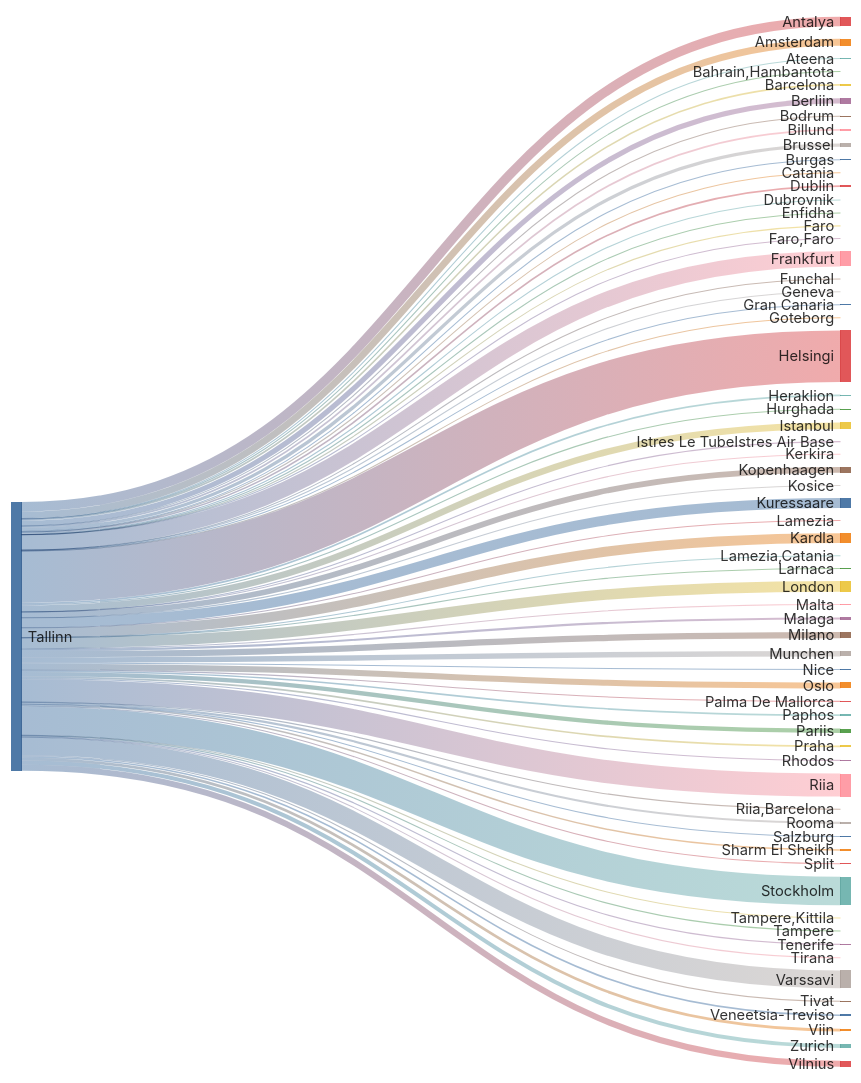
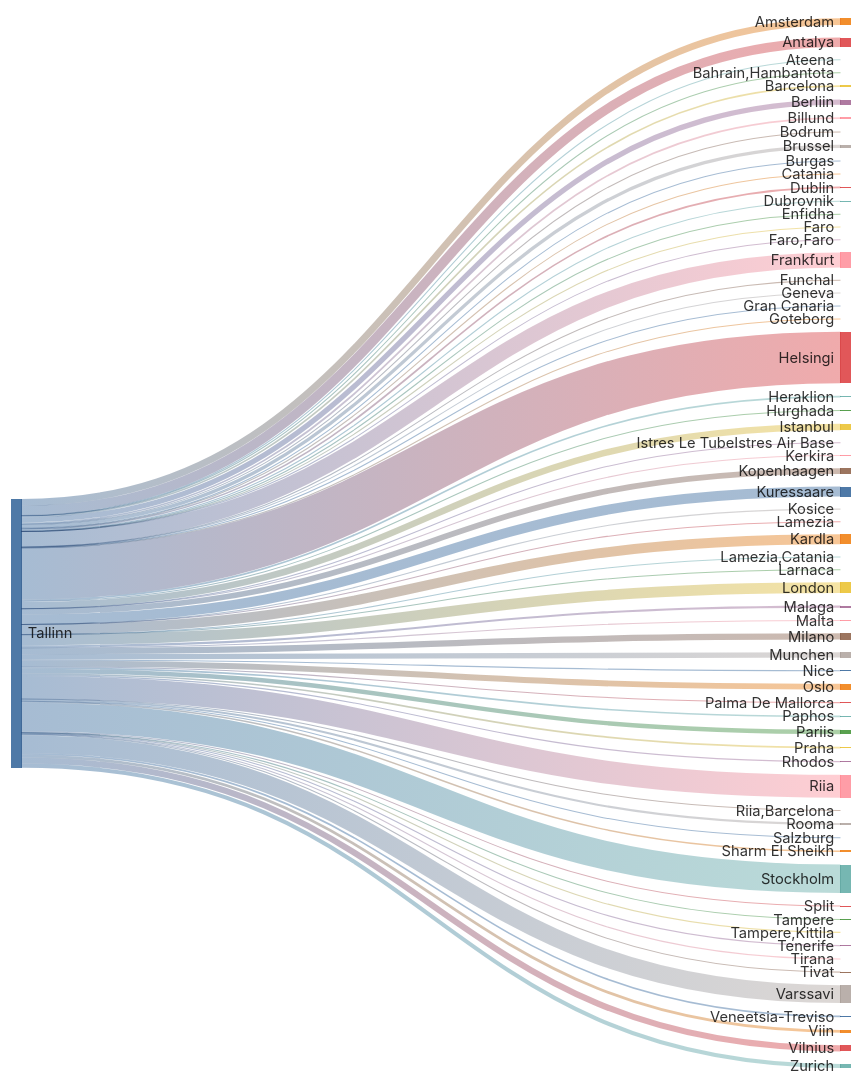
Before and after one commit to rainermesi/tll-airport-departures: the second of 2 diagrams in README.md, drawn with Mermaid. The commit also changed other lines of this file, not shown here.

````diff
--- a/README.md
+++ b/README.md
@@ -34,76 +34,76 @@
 ```mermaid
 ---
 config:
   sankey:
     showValues: false
     width: 800
     height: 1000
 ---
 sankey-beta
 %% source,target,value
-Tallinn,Amsterdam,191
+Tallinn,Amsterdam,193
 Tallinn,Antalya,264
 Tallinn,Ateena,16
 Tallinn,"Bahrain,Hambantota",1
 Tallinn,Barcelona,45
-Tallinn,Berliin,146
+Tallinn,Berliin,147
 Tallinn,Billund,49
 Tallinn,Bodrum,11
 Tallinn,Brussel,92
 Tallinn,Burgas,21
 Tallinn,Catania,2
 Tallinn,Dublin,46
 Tallinn,Dubrovnik,21
 Tallinn,Enfidha,7
 Tallinn,Faro,4
 Tallinn,"Faro,Faro",1
-Tallinn,Frankfurt,426
+Tallinn,Frankfurt,429
 Tallinn,Funchal,5
 Tallinn,Geneva,2
 Tallinn,Gran Canaria,22
 Tallinn,Goteborg,1
-Tallinn,Helsingi,1443
+Tallinn,Helsingi,1451
 Tallinn,Heraklion,46
 Tallinn,Hurghada,29
-Tallinn,Istanbul,183
+Tallinn,Istanbul,184
 Tallinn,Istres Le TubeIstres Air Base,2
 Tallinn,Kerkira,4
-Tallinn,Kopenhaagen,162
+Tallinn,Kopenhaagen,163
 Tallinn,Kosice,1
-Tallinn,Kuressaare,277
-Tallinn,Kardla,277
+Tallinn,Kuressaare,279
+Tallinn,Kardla,279
 Tallinn,Lamezia,1
 Tallinn,"Lamezia,Catania",3
 Tallinn,Larnaca,4
-Tallinn,London,296
-Tallinn,Malaga,59
+Tallinn,London,298
+Tallinn,Malaga,60
 Tallinn,Malta,15
-Tallinn,Milano,175
+Tallinn,Milano,176
 Tallinn,Munchen,152
 Tallinn,Nice,25
-Tallinn,Oslo,167
+Tallinn,Oslo,168
 Tallinn,Palma De Mallorca,19
-Tallinn,Paphos,45
-Tallinn,Pariis,122
+Tallinn,Paphos,46
+Tallinn,Pariis,123
 Tallinn,Praha,49
 Tallinn,Rhodos,32
-Tallinn,Riia,643
+Tallinn,Riia,647
 Tallinn,"Riia,Barcelona",1
 Tallinn,Rooma,59
 Tallinn,Salzburg,3
 Tallinn,Sharm El Sheikh,42
 Tallinn,Split,25
-Tallinn,Stockholm,800
+Tallinn,Stockholm,803
 Tallinn,Tampere,17
 Tallinn,"Tampere,Kittila",3
-Tallinn,Tenerife,32
+Tallinn,Tenerife,33
 Tallinn,Tirana,8
 Tallinn,Tivat,26
-Tallinn,Varssavi,498
-Tallinn,Veneetsia-Treviso,46
-Tallinn,Viin,77
-Tallinn,Vilnius,172
-Tallinn,Zurich,115
+Tallinn,Varssavi,502
+Tallinn,Veneetsia-Treviso,47
+Tallinn,Viin,78
+Tallinn,Vilnius,173
+Tallinn,Zurich,116
 
 
 ```
````
